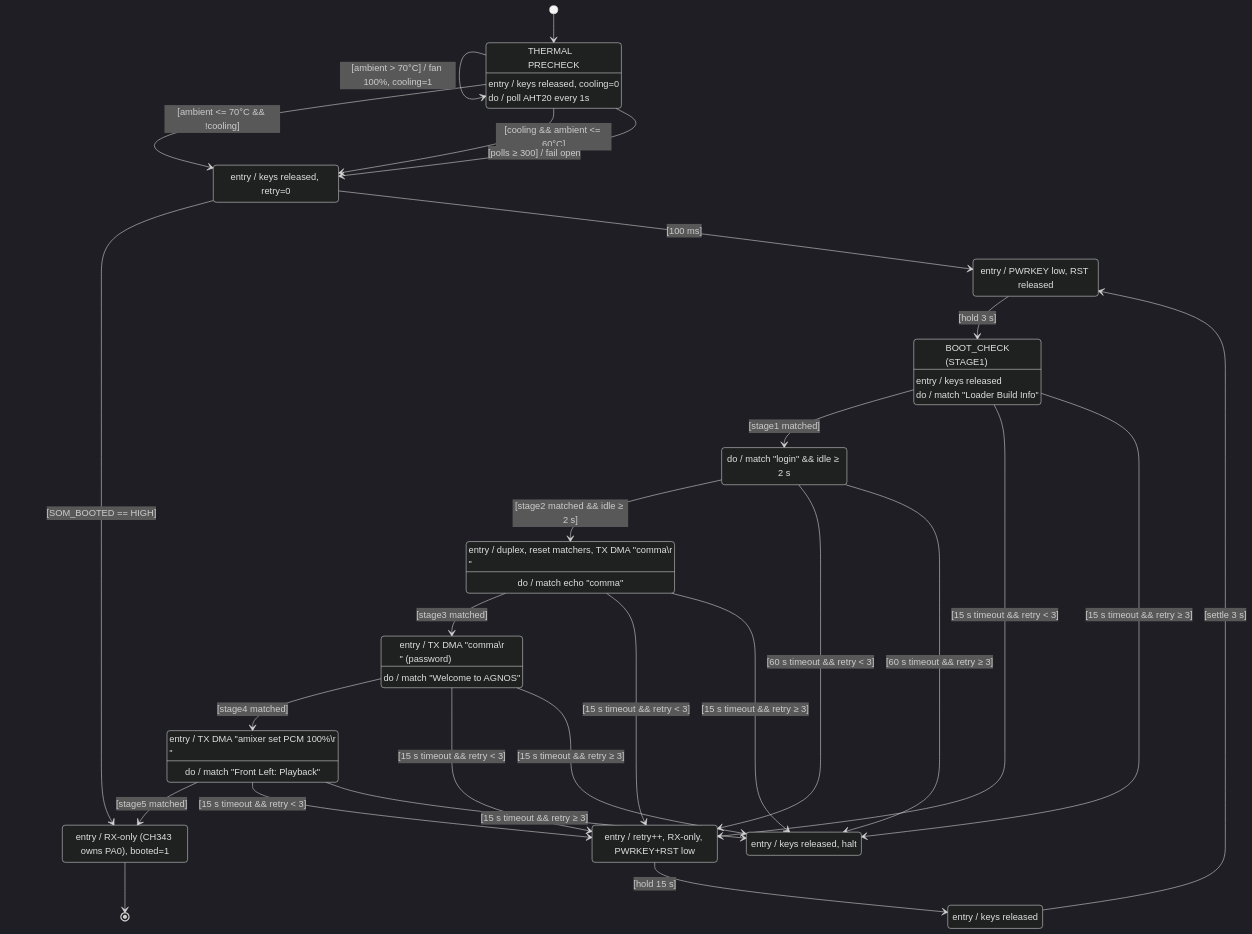
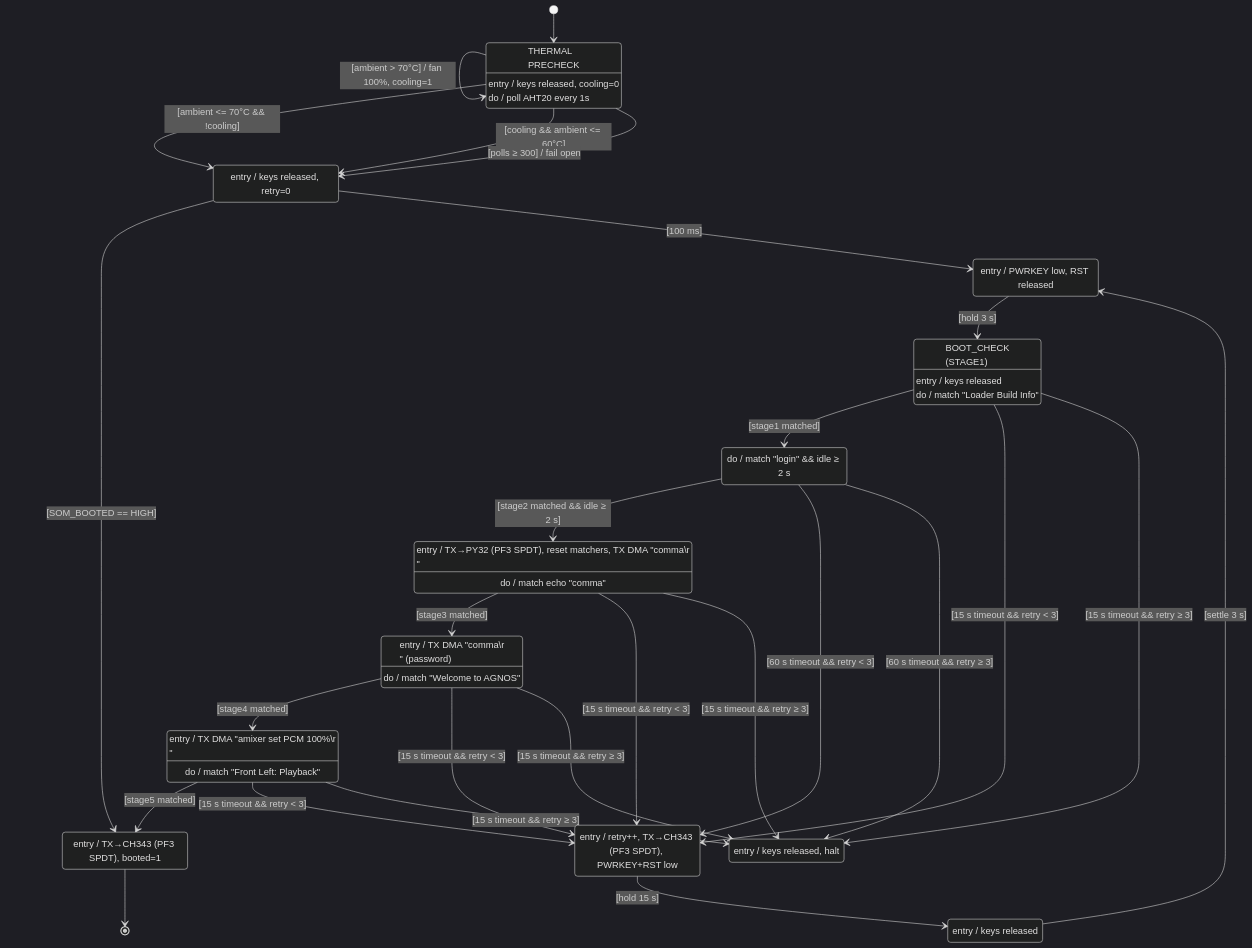
One commit to Vkd4U2NtVkZOVg/py32_control changed diagram 16 of 16 in WORKLOG.md. Above: the diagram before and after it, drawn with Mermaid (dark theme). The commit also changed other lines of this file, not shown here.

First line of the commit message:
docs(worklog): record SPDT TX routing replacing software line-mode switch

````diff
--- a/WORKLOG.md
+++ b/WORKLOG.md
@@ -1811,62 +1811,62 @@
 ```mermaid
 stateDiagram-v2
     direction TB
 
     [*] --> THERMAL_PRECHECK
 
     state "THERMAL\nPRECHECK" as THERMAL_PRECHECK
     THERMAL_PRECHECK : entry / keys released, cooling=0
     THERMAL_PRECHECK : do / poll AHT20 every 1s
     THERMAL_PRECHECK --> THERMAL_PRECHECK : [ambient > 70°C] / fan 100%, cooling=1
     THERMAL_PRECHECK --> POWER_ON_WAIT : [ambient <= 70°C && !cooling]
     THERMAL_PRECHECK --> POWER_ON_WAIT : [cooling && ambient <= 60°C]
     THERMAL_PRECHECK --> POWER_ON_WAIT : [polls ≥ 300] / fail open
 
     POWER_ON_WAIT : entry / keys released, retry=0
     POWER_ON_WAIT --> BOOT_SUCCESS : [SOM_BOOTED == HIGH]
     POWER_ON_WAIT --> PWR_PRESS : [100 ms]
 
     PWR_PRESS : entry / PWRKEY low, RST released
     PWR_PRESS --> BOOT_CHECK : [hold 3 s]
 
     state "BOOT_CHECK\n(STAGE1)" as BOOT_CHECK
     BOOT_CHECK : entry / keys released
     BOOT_CHECK : do / match "Loader Build Info"
     BOOT_CHECK --> STAGE2_WAIT : [stage1 matched]
     BOOT_CHECK --> BOOT_RESET : [15 s timeout && retry < 3]
     BOOT_CHECK --> STRAP_FAIL : [15 s timeout && retry ≥ 3]
 
     STAGE2_WAIT : do / match "login" && idle ≥ 2 s
     STAGE2_WAIT --> STAGE3_WAIT : [stage2 matched && idle ≥ 2 s]
     STAGE2_WAIT --> BOOT_RESET : [60 s timeout && retry < 3]
     STAGE2_WAIT --> STRAP_FAIL : [60 s timeout && retry ≥ 3]
 
-    STAGE3_WAIT : entry / duplex, reset matchers, TX DMA "comma\r\n"
+    STAGE3_WAIT : entry / TX→PY32 (PF3 SPDT), reset matchers, TX DMA "comma\r\n"
     STAGE3_WAIT : do / match echo "comma"
     STAGE3_WAIT --> STAGE4_WAIT : [stage3 matched]
     STAGE3_WAIT --> BOOT_RESET : [15 s timeout && retry < 3]
     STAGE3_WAIT --> STRAP_FAIL : [15 s timeout && retry ≥ 3]
 
     STAGE4_WAIT : entry / TX DMA "comma\r\n" (password)
     STAGE4_WAIT : do / match "Welcome to AGNOS"
     STAGE4_WAIT --> STAGE5_WAIT : [stage4 matched]
     STAGE4_WAIT --> BOOT_RESET : [15 s timeout && retry < 3]
     STAGE4_WAIT --> STRAP_FAIL : [15 s timeout && retry ≥ 3]
 
     STAGE5_WAIT : entry / TX DMA "amixer set PCM 100%\r\n"
     STAGE5_WAIT : do / match "Front Left: Playback"
     STAGE5_WAIT --> BOOT_SUCCESS : [stage5 matched]
     STAGE5_WAIT --> BOOT_RESET : [15 s timeout && retry < 3]
     STAGE5_WAIT --> STRAP_FAIL : [15 s timeout && retry ≥ 3]
 
-    BOOT_SUCCESS : entry / RX-only (CH343 owns PA0), booted=1
+    BOOT_SUCCESS : entry / TX→CH343 (PF3 SPDT), booted=1
     BOOT_SUCCESS --> [*]
 
-    BOOT_RESET : entry / retry++, RX-only, PWRKEY+RST low
+    BOOT_RESET : entry / retry++, TX→CH343 (PF3 SPDT), PWRKEY+RST low
     BOOT_RESET --> PMIC_SETTLE : [hold 15 s]
 
     PMIC_SETTLE : entry / keys released
     PMIC_SETTLE --> PWR_PRESS : [settle 3 s]
 
     STRAP_FAIL : entry / keys released, halt
 ```
````
